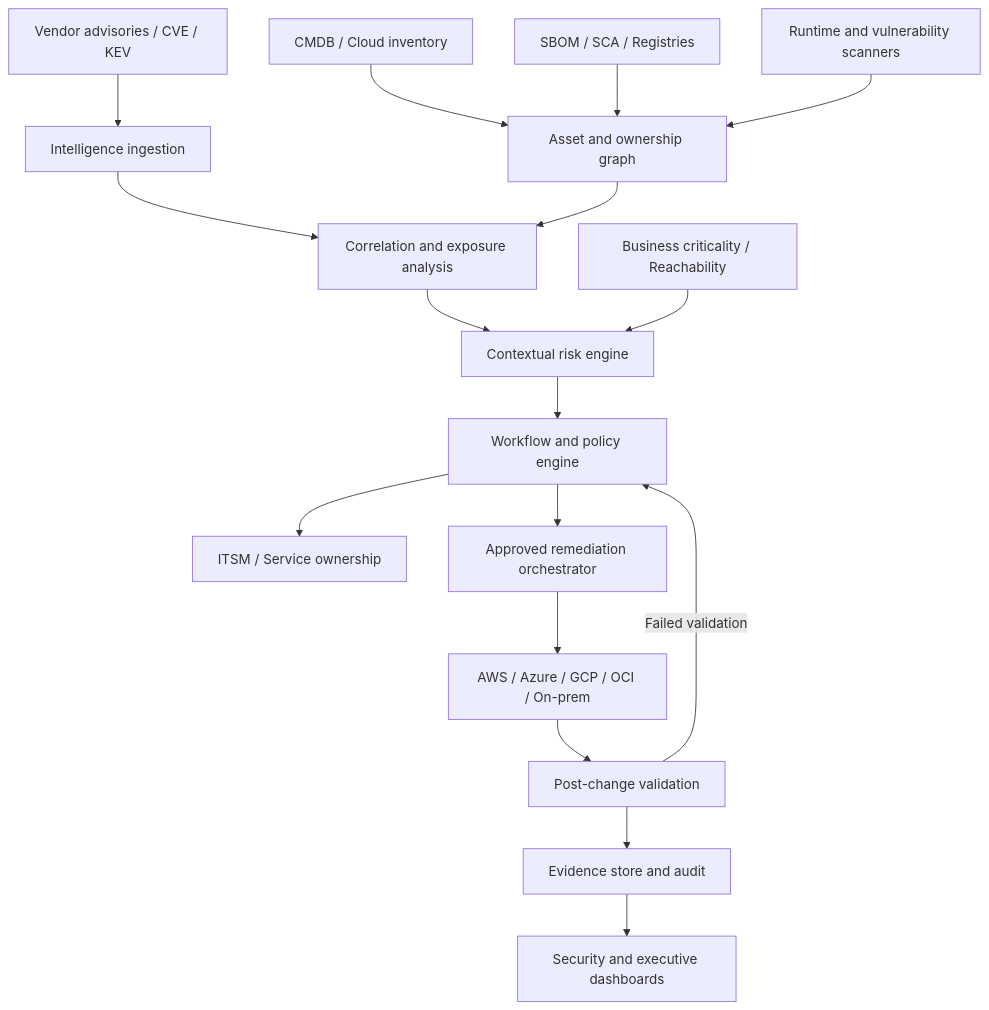
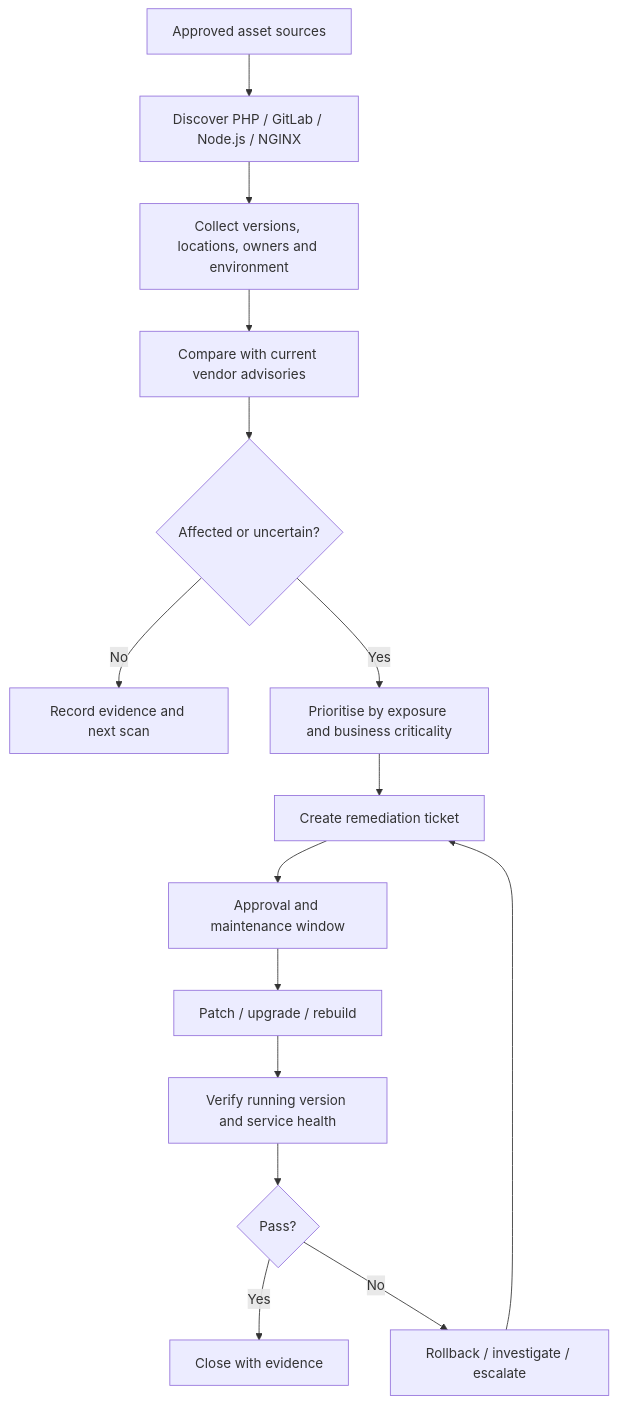
Before and after one commit to tripathies/enterprise-security-vault: the diagram in docs/solution-architecture.md, drawn with Mermaid. The commit also changed other lines of this file, not shown here.

Commit message:
Refocus solution architecture on four technologies

````diff
--- a/docs/solution-architecture.md
+++ b/docs/solution-architecture.md
@@ -9,19 +18,17 @@
 ```mermaid
-flowchart TB
-  A[Vendor advisories / CVE / KEV] --> B[Intelligence ingestion]
-  C[CMDB / Cloud inventory] --> D[Asset and ownership graph]
-  E[SBOM / SCA / Registries] --> D
-  F[Runtime and vulnerability scanners] --> D
-  B --> G[Correlation and exposure analysis]
-  D --> G
-  G --> H[Contextual risk engine]
-  I[Business criticality / Reachability] --> H
-  H --> J[Workflow and policy engine]
-  J --> K[ITSM / Service ownership]
-  J --> L[Approved remediation orchestrator]
-  L --> M[AWS / Azure / GCP / OCI / On-prem]
-  M --> N[Post-change validation]
-  N --> O[Evidence store and audit]
-  O --> P[Security and executive dashboards]
-  N -->|Failed validation| J
+flowchart TD
+ A[Approved asset sources] --> B[Discover PHP / GitLab / Node.js / NGINX]
+ B --> C[Collect versions, locations, owners and environment]
+ C --> D[Compare with current vendor advisories]
+ D --> E{Affected or uncertain?}
+ E -->|No| F[Record evidence and next scan]
+ E -->|Yes| G[Prioritise by exposure and business criticality]
+ G --> H[Create remediation ticket]
+ H --> I[Approval and maintenance window]
+ I --> J[Patch / upgrade / rebuild]
+ J --> K[Verify running version and service health]
+ K --> L{Pass?}
+ L -->|Yes| M[Close with evidence]
+ L -->|No| N[Rollback / investigate / escalate]
+ N --> H
 ```
````
